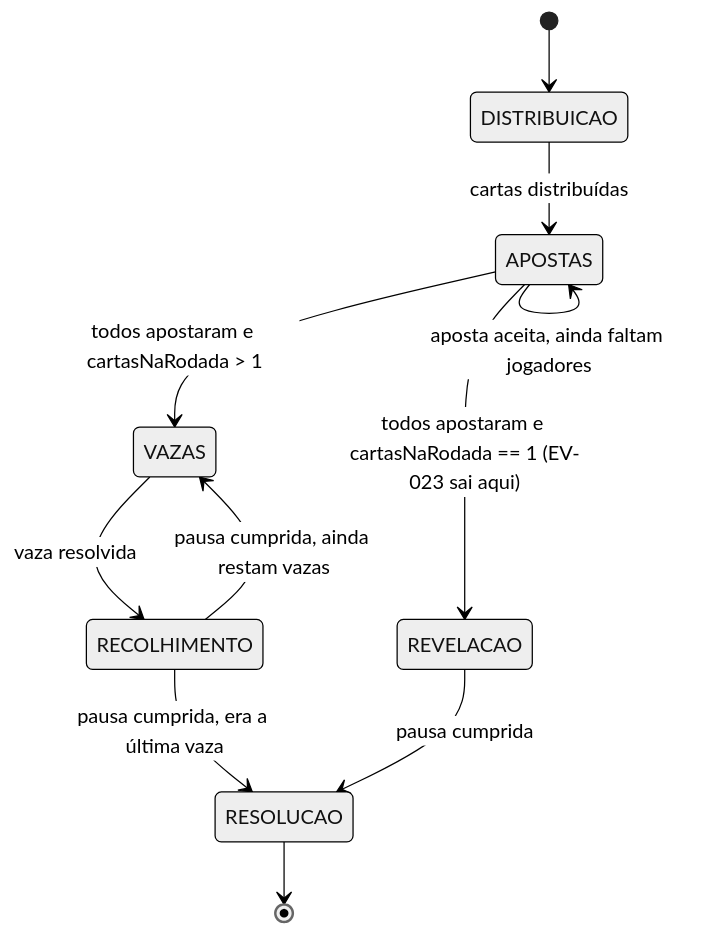
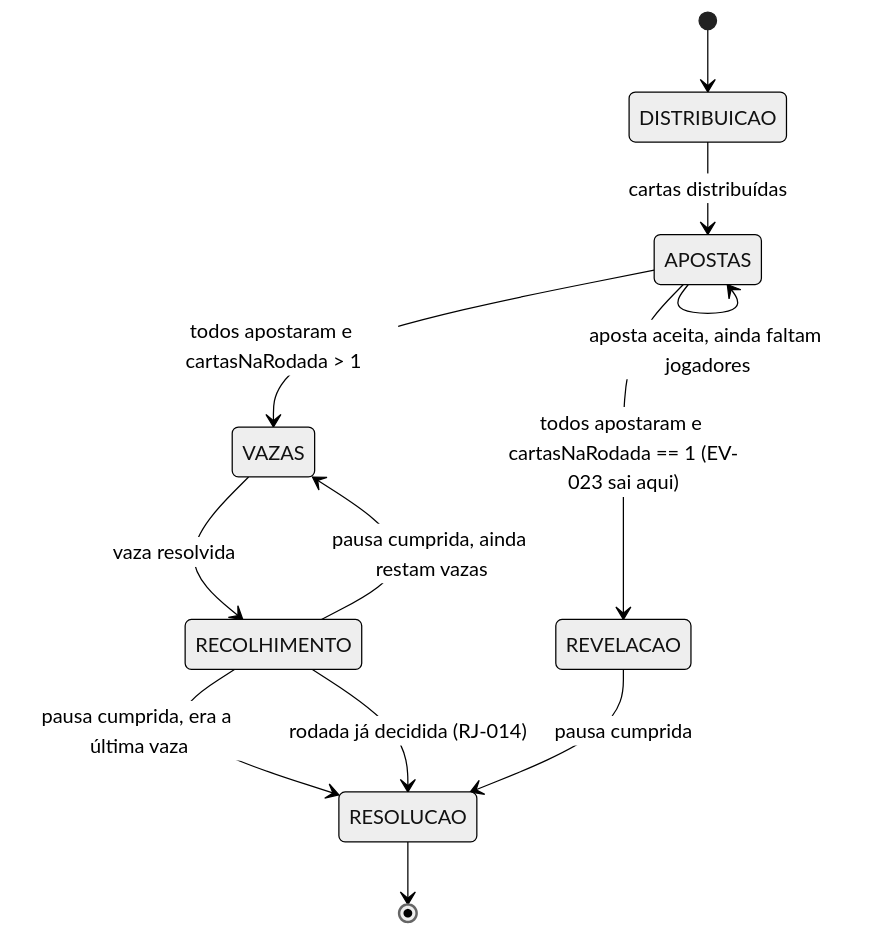
Before and after one commit to jpmvale/fdp: the fourth of 4 diagrams in docs/03-maquina-de-estados.md, drawn with Mermaid (neutral theme). The commit also changed other lines of this file and 24 other files, not shown here.

````diff
--- a/docs/03-maquina-de-estados.md
+++ b/docs/03-maquina-de-estados.md
@@ -140,13 +140,14 @@
 ```mermaid
 stateDiagram-v2
     [*] --> DISTRIBUICAO
     DISTRIBUICAO --> APOSTAS: cartas distribuídas
     APOSTAS --> APOSTAS: aposta aceita, ainda faltam jogadores
     APOSTAS --> VAZAS: todos apostaram e cartasNaRodada > 1
     APOSTAS --> REVELACAO: todos apostaram e cartasNaRodada == 1 (EV-023 sai aqui)
     VAZAS --> RECOLHIMENTO: vaza resolvida
     RECOLHIMENTO --> VAZAS: pausa cumprida, ainda restam vazas
     RECOLHIMENTO --> RESOLUCAO: pausa cumprida, era a última vaza
+    RECOLHIMENTO --> RESOLUCAO: rodada já decidida (RJ-014)
     REVELACAO --> RESOLUCAO: pausa cumprida
     RESOLUCAO --> [*]
 ```
````
